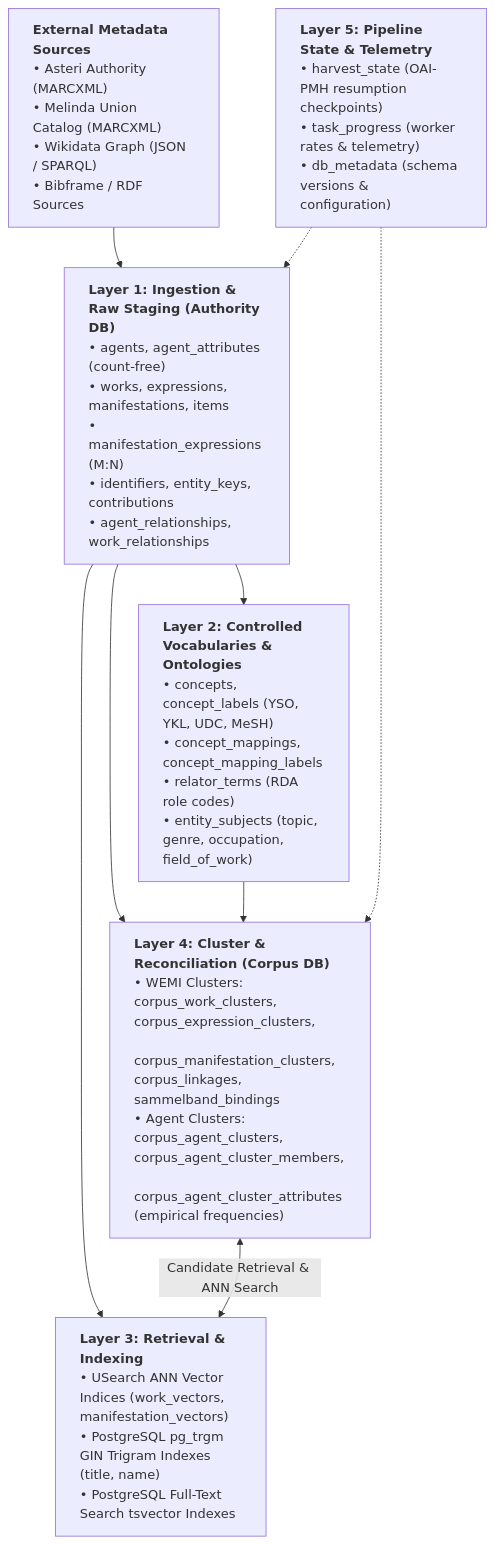
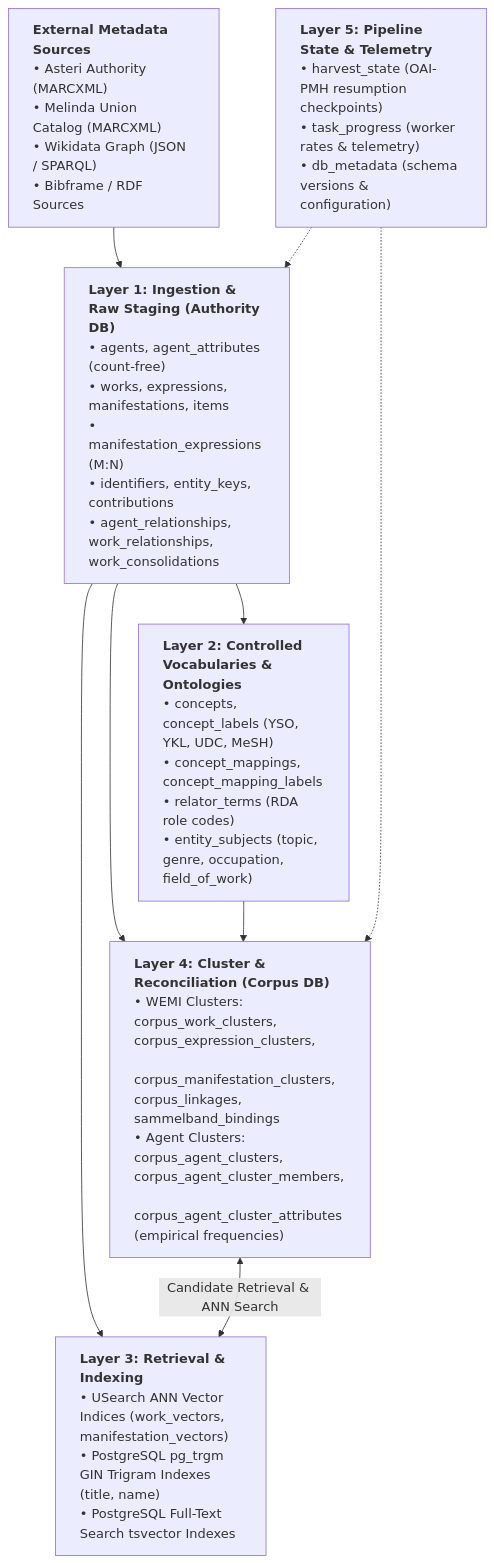
One commit to mikkovihonen/reconciliator changed the first of 8 diagrams in docs/datamodel.md. Above: the diagram before and after it, drawn with Mermaid. The commit also changed other lines of this file and 2 other files, not shown here.

````diff
--- a/docs/datamodel.md
+++ b/docs/datamodel.md
@@ -19,25 +19,25 @@
 ```mermaid
 flowchart TD
     classDef leftAlign text-align:left;
 
     Sources["<b>External Metadata Sources</b><br/>• Asteri Authority (MARCXML)<br/>• Melinda Union Catalog (MARCXML)<br/>• Wikidata Graph (JSON / SPARQL)<br/>• Bibframe / RDF Sources"]:::leftAlign
 
-    Layer1["<b>Layer 1: Ingestion & Raw Staging (Authority DB)</b><br/>• agents, agent_attributes (count-free)<br/>• works, expressions, manifestations, items<br/>• manifestation_expressions (M:N)<br/>• identifiers, entity_keys, contributions<br/>• agent_relationships, work_relationships"]:::leftAlign
+    Layer1["<b>Layer 1: Ingestion & Raw Staging (Authority DB)</b><br/>• agents, agent_attributes (count-free)<br/>• works, expressions, manifestations, items<br/>• manifestation_expressions (M:N)<br/>• identifiers, entity_keys, contributions<br/>• agent_relationships, work_relationships, work_consolidations"]:::leftAlign
 
     Layer2["<b>Layer 2: Controlled Vocabularies & Ontologies</b><br/>• concepts, concept_labels (YSO, YKL, UDC, MeSH)<br/>• concept_mappings, concept_mapping_labels<br/>• relator_terms (RDA role codes)<br/>• entity_subjects (topic, genre, occupation, field_of_work)"]:::leftAlign
 
     Layer3["<b>Layer 3: Retrieval & Indexing</b><br/>• USearch ANN Vector Indices (work_vectors, manifestation_vectors)<br/>• PostgreSQL pg_trgm GIN Trigram Indexes (title, name)<br/>• PostgreSQL Full-Text Search tsvector Indexes"]:::leftAlign
 
     Layer4["<b>Layer 4: Cluster & Reconciliation (Corpus DB)</b><br/>• WEMI Clusters: corpus_work_clusters, corpus_expression_clusters,<br/>  corpus_manifestation_clusters, corpus_linkages, sammelband_bindings<br/>• Agent Clusters: corpus_agent_clusters, corpus_agent_cluster_members,<br/>  corpus_agent_cluster_attributes (empirical frequencies)"]:::leftAlign
 
     Layer5["<b>Layer 5: Pipeline State & Telemetry</b><br/>• harvest_state (OAI-PMH resumption checkpoints)<br/>• task_progress (worker rates & telemetry)<br/>• db_metadata (schema versions & configuration)"]:::leftAlign
 
     %% Flow connections
     Sources --> Layer1
     Layer1 --> Layer2
     Layer1 --> Layer3
     Layer1 & Layer2 --> Layer4
     Layer4 <-->|Candidate Retrieval & ANN Search| Layer3
     Layer5 -.-> Layer1
     Layer5 -.-> Layer4
 ```
````
